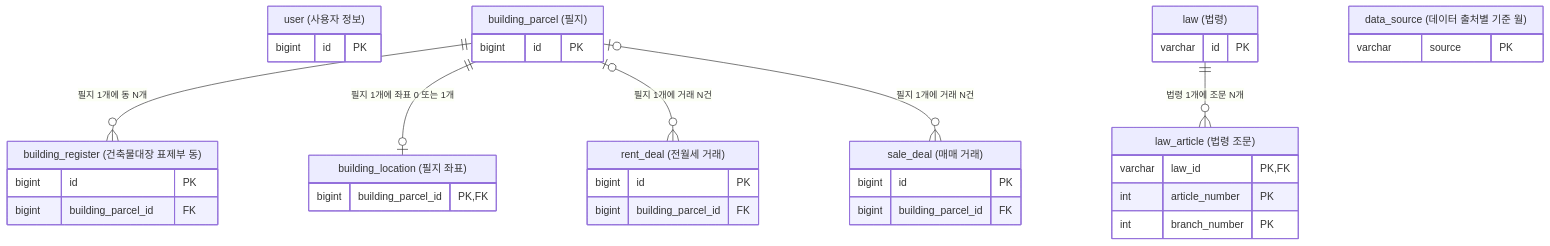
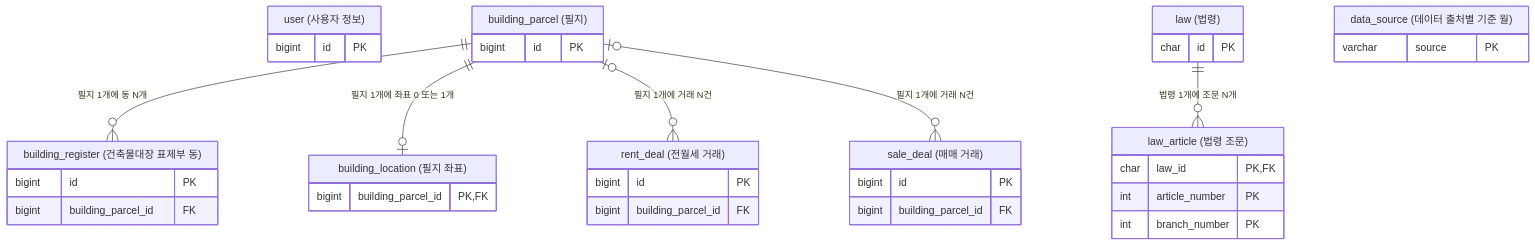
The first of 10 diagrams in docs/erd.md (f-lab-edu/jipsee), drawn with Mermaid before and after one commit. The commit also changed other lines of this file, not shown here.

````diff
--- a/docs/erd.md
+++ b/docs/erd.md
@@ -5,40 +5,40 @@
 ```mermaid
 erDiagram
     user["user (사용자 정보)"] {
         bigint id PK
     }
     building_parcel ||--o{ building_register : "필지 1개에 동 N개"
     building_parcel["building_parcel (필지)"] {
         bigint id PK
     }
     building_register["building_register (건축물대장 표제부 동)"] {
         bigint id PK
         bigint building_parcel_id FK
     }
     building_parcel ||--o| building_location : "필지 1개에 좌표 0 또는 1개"
     building_location["building_location (필지 좌표)"] {
         bigint building_parcel_id PK, FK
     }
     building_parcel |o--o{ rent_deal : "필지 1개에 거래 N건"
     rent_deal["rent_deal (전월세 거래)"] {
         bigint id PK
         bigint building_parcel_id FK
     }
     building_parcel |o--o{ sale_deal : "필지 1개에 거래 N건"
     sale_deal["sale_deal (매매 거래)"] {
         bigint id PK
         bigint building_parcel_id FK
     }
     law ||--o{ law_article : "법령 1개에 조문 N개"
     law["law (법령)"] {
-        varchar id PK
+        char id PK
     }
     law_article["law_article (법령 조문)"] {
-        varchar law_id PK, FK
+        char law_id PK, FK
         int article_number PK
         int branch_number PK
     }
     data_source["data_source (데이터 출처별 기준 월)"] {
         varchar source PK
     }
 ```
````
